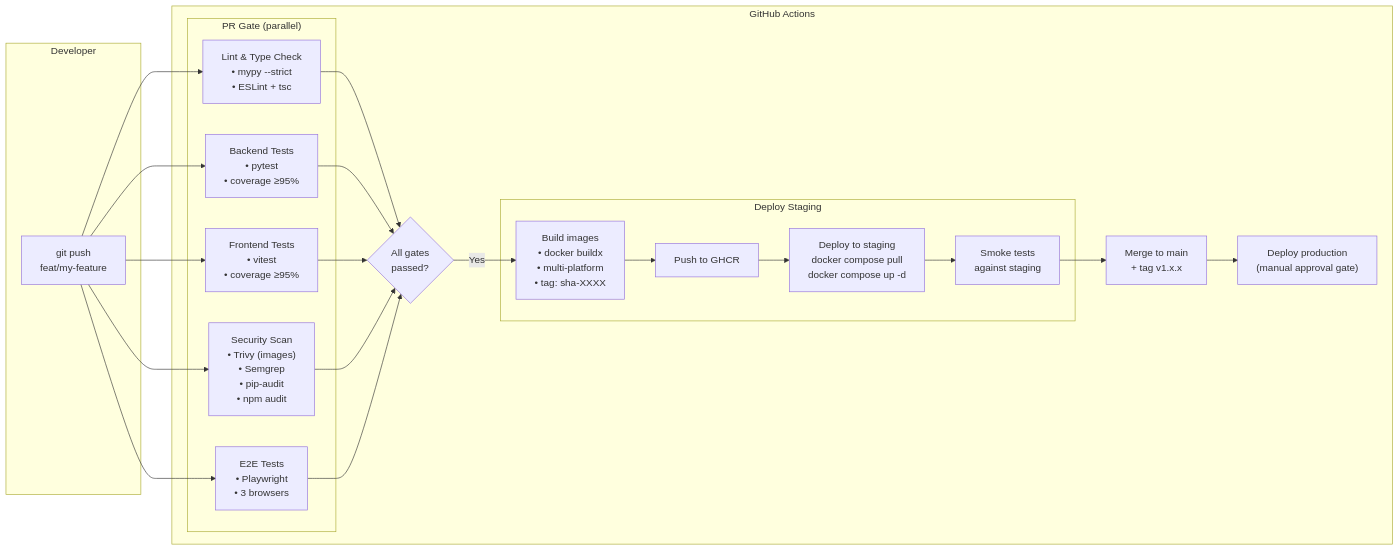
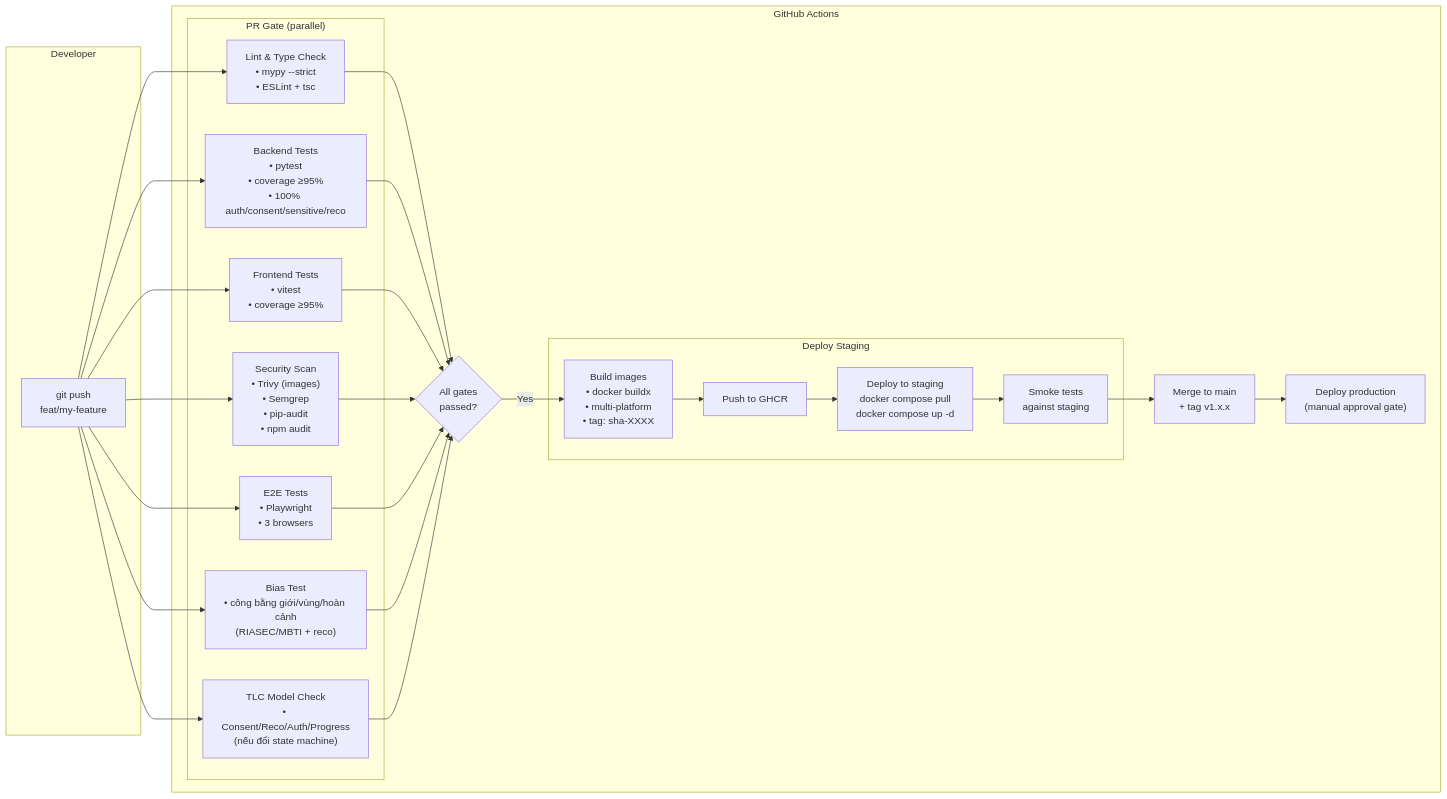
One commit to quangtanfet-commits/weup-career changed the third of 3 diagrams in docs/architecture/deployment.md. Above: the diagram before and after it, drawn with Mermaid. The commit also changed other lines of this file and 39 other files, not shown here.

````diff
--- a/docs/architecture/deployment.md
+++ b/docs/architecture/deployment.md
@@ -158,35 +163,37 @@
 ```mermaid
 graph LR
     subgraph "Developer"
         PUSH["git push\nfeat/my-feature"]
     end
 
     subgraph "GitHub Actions"
         subgraph "PR Gate (parallel)"
             LINT["Lint & Type Check\n• mypy --strict\n• ESLint + tsc"]
-            TEST_BE["Backend Tests\n• pytest\n• coverage ≥95%"]
+            TEST_BE["Backend Tests\n• pytest\n• coverage ≥95%\n• 100% auth/consent/sensitive/reco"]
             TEST_FE["Frontend Tests\n• vitest\n• coverage ≥95%"]
             SEC["Security Scan\n• Trivy (images)\n• Semgrep\n• pip-audit\n• npm audit"]
             E2E["E2E Tests\n• Playwright\n• 3 browsers"]
+            BIAS["Bias Test\n• công bằng giới/vùng/hoàn cảnh\n(RIASEC/MBTI + reco)"]
+            TLC["TLC Model Check\n• Consent/Reco/Auth/Progress\n(nếu đổi state machine)"]
         end
 
         GATE{"All gates\npassed?"}
 
         subgraph "Deploy Staging"
             BUILD["Build images\n• docker buildx\n• multi-platform\n• tag: sha-XXXX"]
             PUSH_REG["Push to GHCR"]
             DEPLOY_STG["Deploy to staging\ndocker compose pull\ndocker compose up -d"]
             SMOKE["Smoke tests\nagainst staging"]
         end
 
         RELEASE["Merge to main\n+ tag v1.x.x"]
         DEPLOY_PROD["Deploy production\n(manual approval gate)"]
     end
 
-    PUSH --> LINT & TEST_BE & TEST_FE & SEC & E2E
-    LINT & TEST_BE & TEST_FE & SEC & E2E --> GATE
+    PUSH --> LINT & TEST_BE & TEST_FE & SEC & E2E & BIAS & TLC
+    LINT & TEST_BE & TEST_FE & SEC & E2E & BIAS & TLC --> GATE
     GATE -->|Yes| BUILD
     BUILD --> PUSH_REG --> DEPLOY_STG --> SMOKE
     SMOKE --> RELEASE
     RELEASE --> DEPLOY_PROD
 ```
````
